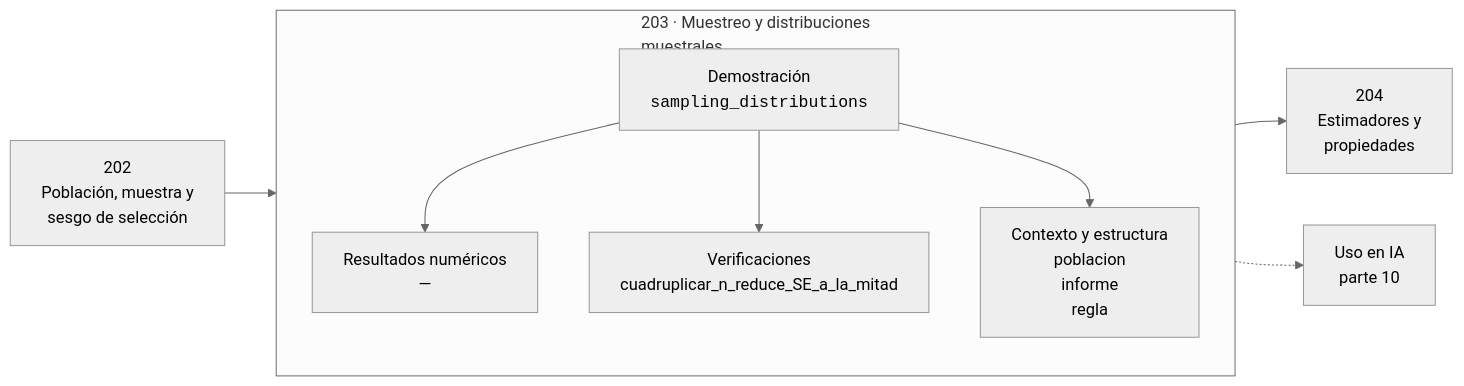
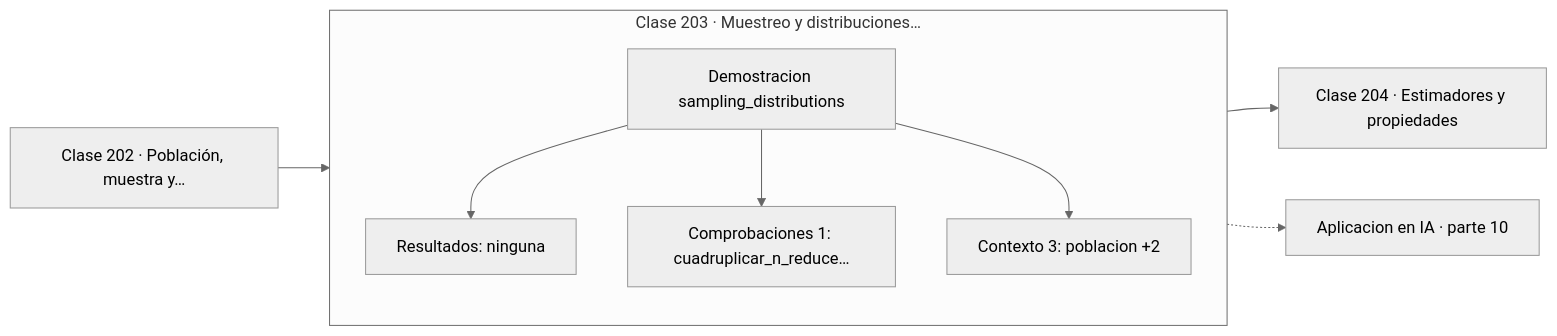
One commit to vladimiracunadev-create/computational-mathematics-program changed the diagram in classes/part-10-estadistica-e-inferencia/203-muestreo-y-distribuciones-muestrales/README.md. Above: the diagram before and after it, drawn with Mermaid (neutral theme). The commit also changed 389 other files, not shown here.

First line of the commit message:
fix(diagramas): elimina el HTML de las etiquetas Mermaid

````diff
--- a/classes/part-10-estadistica-e-inferencia/203-muestreo-y-distribuciones-muestrales/README.md
+++ b/classes/part-10-estadistica-e-inferencia/203-muestreo-y-distribuciones-muestrales/README.md
@@ -30,12 +30,13 @@
 ```mermaid
 flowchart LR
-    P["202<br/>Población, muestra y<br/>sesgo de selección"] --> C
-    subgraph C["203 · Muestreo y distribuciones<br/>muestrales"]
+    P["Clase 202 · Población, muestra y…"] --> D
+    subgraph CLASE["Clase 203 · Muestreo y distribuciones…"]
         direction TB
-        D["Demostración<br/><code>sampling_distributions</code>"] --> R["Resultados numéricos<br/>—"]
-        D --> V["Verificaciones<br/>cuadruplicar_n_reduce_SE_a_la_mitad"]
-        D --> O["Contexto y estructura<br/>poblacion<br/>informe<br/>regla"]
+        D["Demostracion sampling_distributions"]
+        D --> R["Resultados: ninguna"]
+        D --> V["Comprobaciones 1: cuadruplicar_n_reduce…"]
+        D --> O["Contexto 3: poblacion +2"]
     end
-    C --> N["204<br/>Estimadores y<br/>propiedades"]
-    C -.-> IA["Uso en IA<br/>parte 10"]
+    R --> N["Clase 204 · Estimadores y propiedades"]
+    V -.-> IA["Aplicacion en IA · parte 10"]
 ```
````
